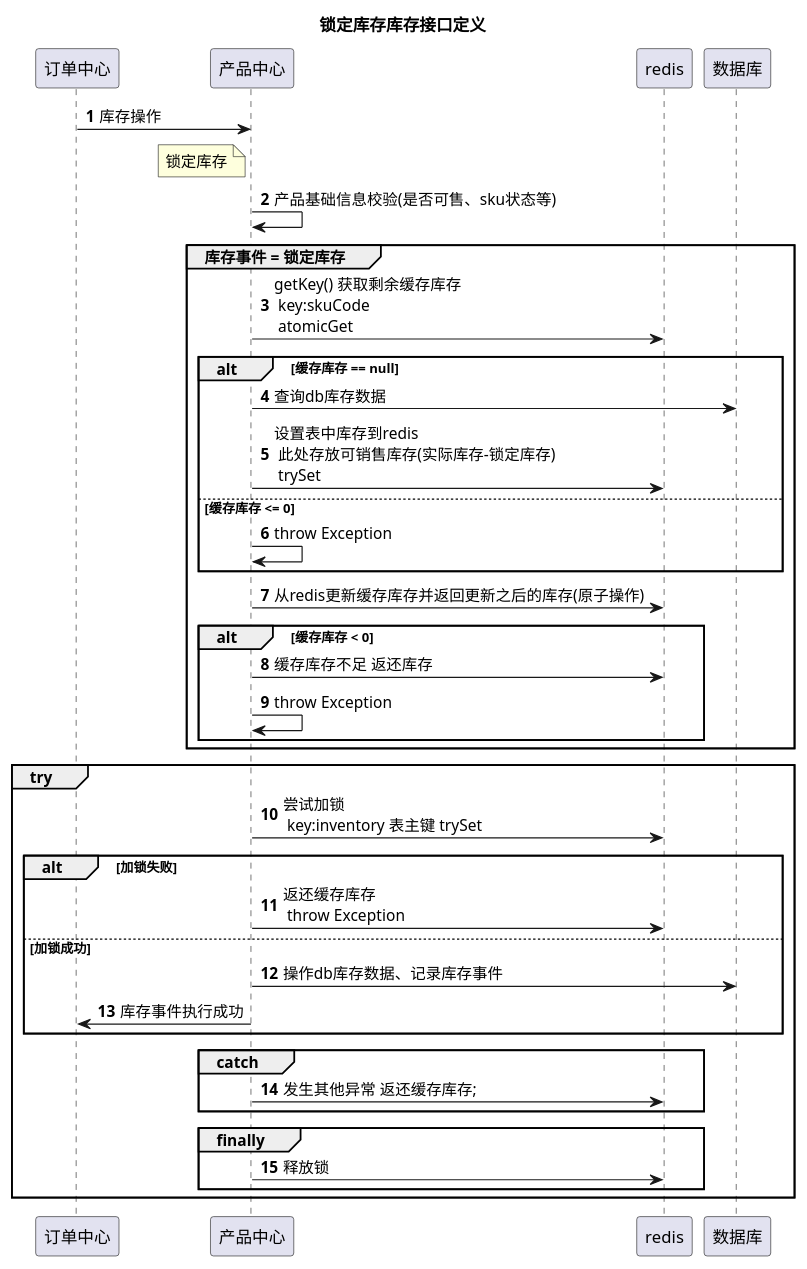
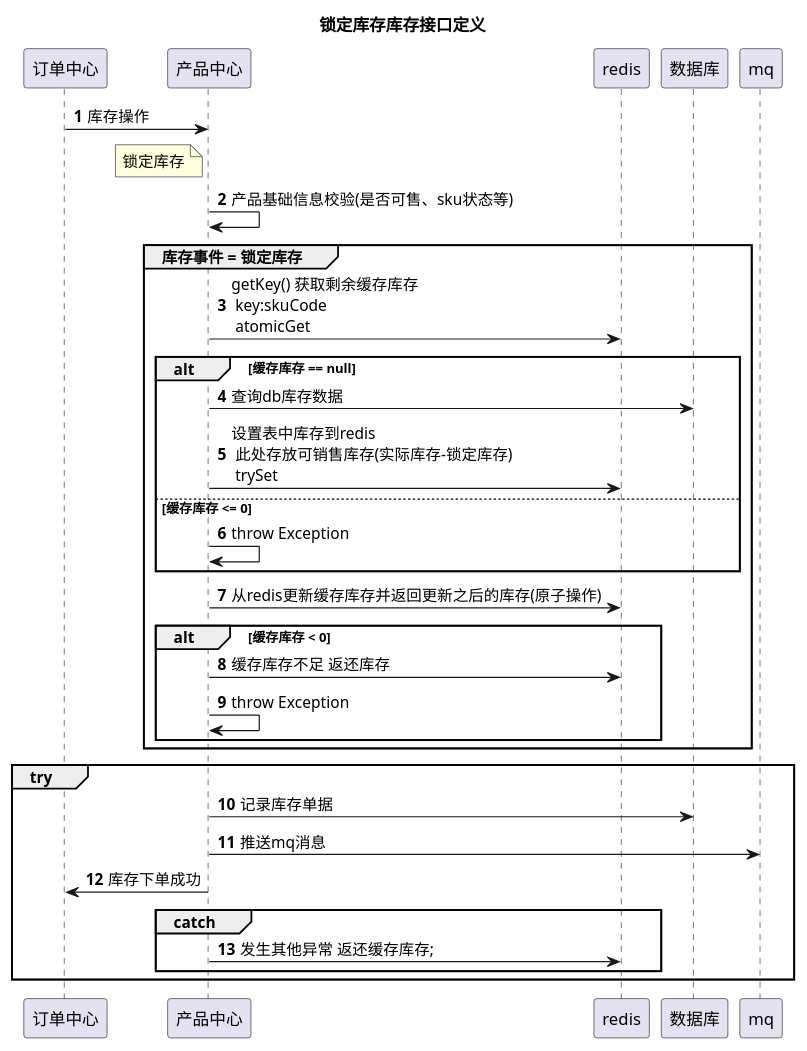
One commit to learnxin/testdemo changed the diagram in src/main/resources/plantuml/nh/inventory/withhold_inventroy.puml. Above: the diagram before and after it, drawn with PlantUML. The commit also changed 4 other files, not shown here.

Commit message:
库存优化时序图

```diff
--- a/src/main/resources/plantuml/nh/inventory/withhold_inventroy.puml
+++ b/src/main/resources/plantuml/nh/inventory/withhold_inventroy.puml
@@ -1,52 +1,56 @@
 @startuml
 title 锁定库存库存接口定义
 
 autonumber
 participant "订单中心" as vc
 participant "产品中心" as cpm
 participant "redis" as redis
 participant "数据库" as db
 
 vc -> cpm: 库存操作
 note left of cpm:锁定库存
 
 
 cpm -> cpm: 产品基础信息校验(是否可售、sku状态等)
 group 库存事件 = 锁定库存
 
 cpm -> redis: getKey() 获取剩余缓存库存\n key:skuCode \n atomicGet
 alt 缓存库存 == null
 cpm -> db :查询db库存数据
 cpm -> redis:  设置表中库存到redis \n 此处存放可销售库存(实际库存-锁定库存) \n trySet
 else 缓存库存 <= 0
 cpm->cpm :throw Exception
 end
 
 
 cpm -> redis: 从redis更新缓存库存并返回更新之后的库存(原子操作)
 alt 缓存库存 < 0
 cpm -> redis: 缓存库存不足 返还库存
 cpm->cpm :throw Exception
 end
 end
 
 group try
 'cpm->cpm:// 尝试加锁\nboolean isLocked = lock.tryLock(500, 1000, TimeUnit.MILLISECONDS);\n//    加锁失败 返还名额 throw ex\n        if (!isLocked) {\n                         cacheManager.atomicGetAndAdd(key, -num);\n                         throw new VcRpcException(CommonResponseCode.LockFailure);\n                     }        \n                     // 更新课程剩余名额\n                     trainDo.setScale(scale);\n                     trainService.updateTrain(trainDo, clientInfo);
-cpm->redis:尝试加锁 \n key:inventory 表主键 trySet
-alt 加锁失败
-cpm -> redis:返还缓存库存 \n throw Exception
-else 加锁成功
-cpm -> db :操作db库存数据、记录库存事件
-cpm -> vc :库存事件执行成功
-end
-group catch
-cpm -> redis: 发生其他异常 返还缓存库存;
+'cpm->redis:尝试加锁 \n key:inventory 表主键 trySet
+'alt 加锁失败
+'cpm -> redis:返还缓存库存 \n throw Exception
+'else 加锁成功
+'cpm -> db :操作db库存数据、记录库存事件
+'cpm -> vc :库存事件执行成功
+'end
+cpm->db :记录库存单据
+cpm->mq:推送mq消息
+cpm->vc:库存下单成功
+    group catch
+    cpm -> redis: 发生其他异常 返还缓存库存;
 
+    end
+
+'group finally
+'cpm -> redis: 释放锁
+'end
 end
 
-group finally
-cpm -> redis: 释放锁
-end
-end
 
 @enduml
```
